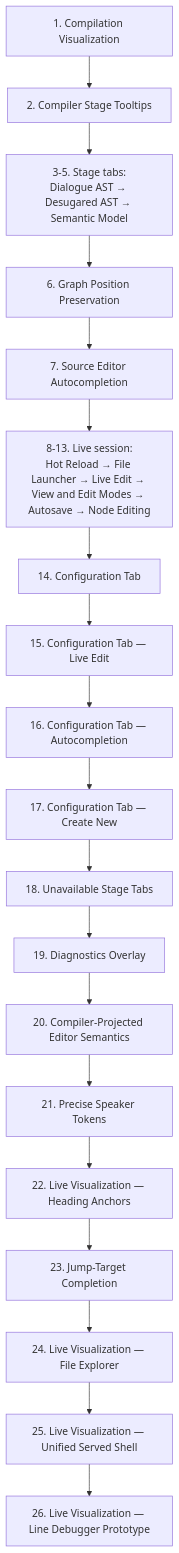
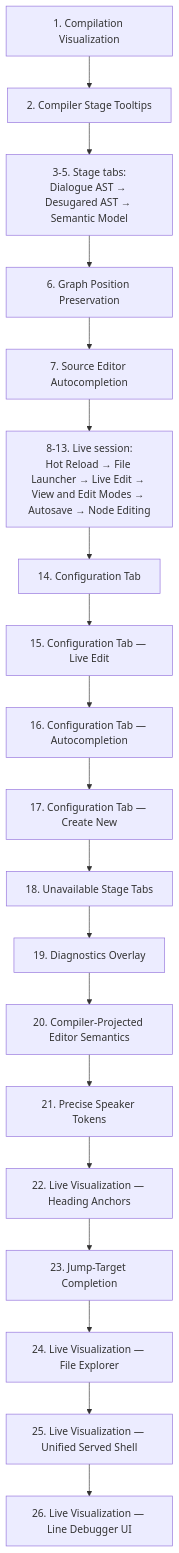
The third of 4 diagrams in docs/contributing/design-notes/README.md (pengzhengyi/dialoguedown), drawn with Mermaid before and after one commit. The commit also changed other lines of this file and 23 other files, not shown here.

First line of the commit message:
refactor(web): leave the line debugger UI dormant for runtime integration

````diff
--- a/docs/contributing/design-notes/README.md
+++ b/docs/contributing/design-notes/README.md
@@ -140,21 +140,21 @@
 ```mermaid
 flowchart TB
     CV["1. Compilation Visualization"] --> TT["2. Compiler Stage Tooltips"]
     TT --> TABS["3-5. Stage tabs:<br/>Dialogue AST → Desugared AST → Semantic Model"]
     TABS --> GX["6. Graph Position Preservation"]
     GX --> AC["7. Source Editor Autocompletion"]
     AC --> LIVE["8-13. Live session:<br/>Hot Reload → File Launcher → Live Edit → View and Edit Modes → Autosave → Node Editing"]
     LIVE --> CFG["14. Configuration Tab"]
     CFG --> CFGLE["15. Configuration Tab — Live Edit"]
     CFGLE --> CFGAC["16. Configuration Tab — Autocompletion"]
     CFGAC --> CFGCN["17. Configuration Tab — Create New"]
     CFGCN --> UST["18. Unavailable Stage Tabs"]
     UST --> DGO["19. Diagnostics Overlay"]
     DGO --> CPE["20. Compiler-Projected Editor Semantics"]
     CPE --> PST["21. Precise Speaker Tokens"]
     PST --> HA["22. Live Visualization — Heading Anchors"]
     HA --> JTC["23. Jump-Target Completion"]
     JTC --> FE["24. Live Visualization — File Explorer"]
     FE --> USS["25. Live Visualization — Unified Served Shell"]
-    USS --> LDP["26. Live Visualization — Line Debugger Prototype"]
+    USS --> LDU["26. Live Visualization — Line Debugger UI"]
 ```
````
